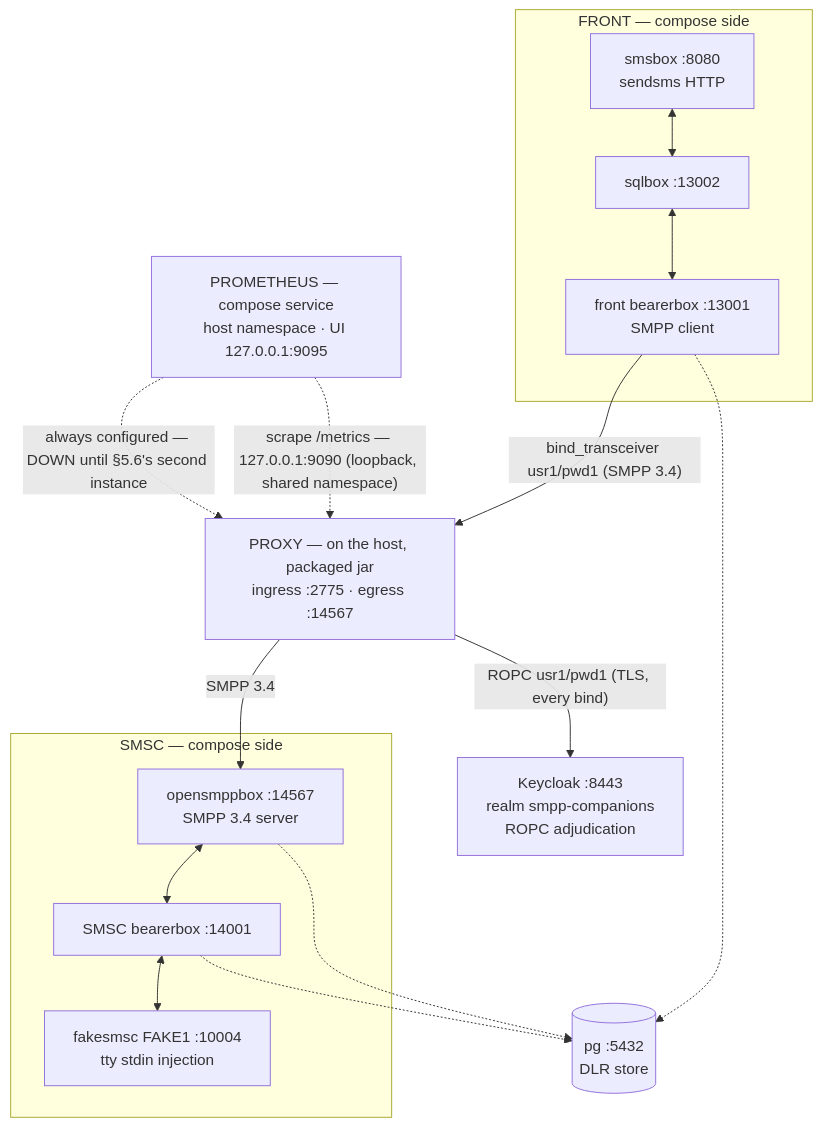
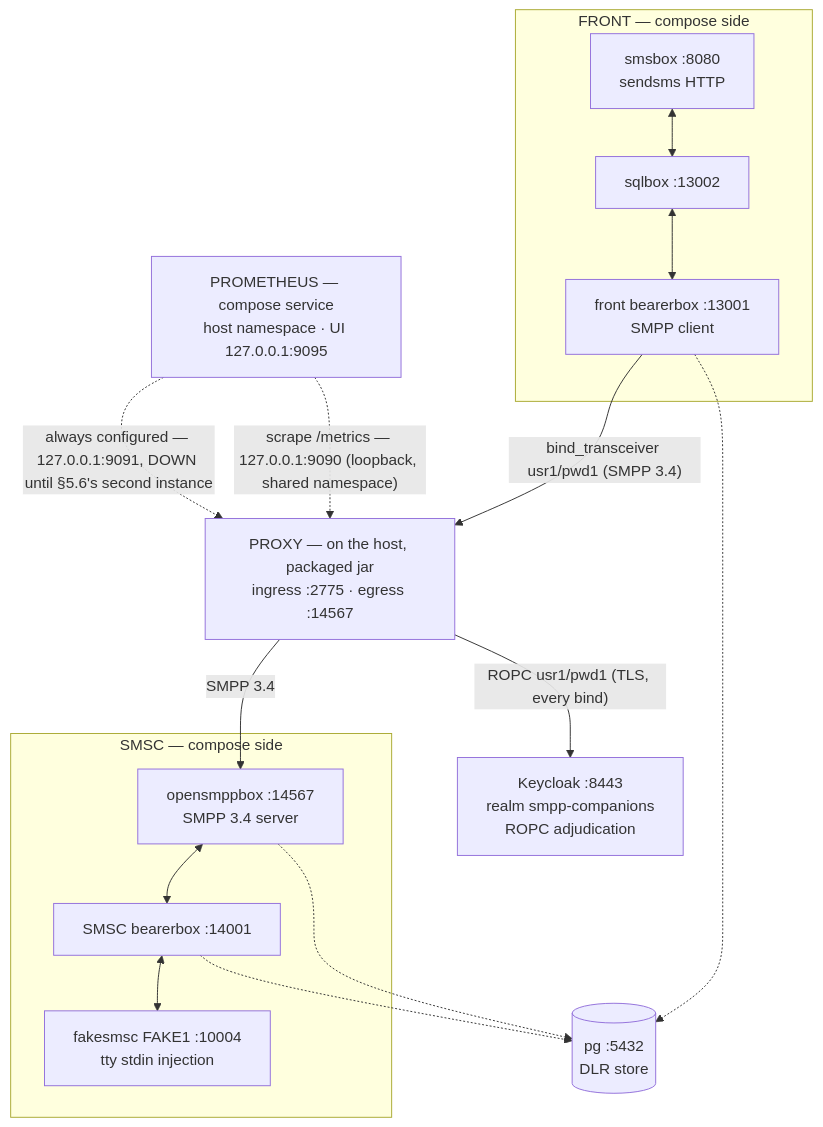
Before and after one commit to ildarsharafutdinov/smpp-companions: the diagram in sandbox/README.md, drawn with Mermaid. The commit also changed other lines of this file and 5 other files, not shown here.

````diff
--- a/sandbox/README.md
+++ b/sandbox/README.md
@@ -57,33 +57,33 @@
 ```mermaid
 flowchart TD
     subgraph front["FRONT — compose side"]
         smsbox["smsbox :8080<br/>sendsms HTTP"]
         sqlbox["sqlbox :13002"]
         fbearer["front bearerbox :13001<br/>SMPP client"]
     end
 
     proxy["PROXY — on the host, packaged jar<br/>ingress :2775 · egress :14567"]
 
     subgraph smsc["SMSC — compose side"]
         osmpp["opensmppbox :14567<br/>SMPP 3.4 server"]
         sbearer["SMSC bearerbox :14001"]
         fake["fakesmsc FAKE1 :10004<br/>tty stdin injection"]
     end
 
     keycloak["Keycloak :8443<br/>realm smpp-companions<br/>ROPC adjudication"]
     pg[("pg :5432<br/>DLR store")]
     prom["PROMETHEUS — compose service<br/>host namespace · UI 127.0.0.1:9095"]
 
     smsbox <--> sqlbox
     sqlbox <--> fbearer
     fbearer -- "bind_transceiver usr1/pwd1 (SMPP 3.4)" --> proxy
     proxy -- "ROPC usr1/pwd1 (TLS, every bind)" --> keycloak
     proxy -- "SMPP 3.4" --> osmpp
     osmpp <--> sbearer
     sbearer <--> fake
     fbearer -.-> pg
     osmpp -.-> pg
     sbearer -.-> pg
     prom -.->|"scrape /metrics — 127.0.0.1:9090 (loopback, shared namespace)"| proxy
-    prom -.->|"always configured — DOWN until §5.6's second instance"| proxy
+    prom -.->|"always configured — 127.0.0.1:9091, DOWN until §5.6's second instance"| proxy
 ```
````
